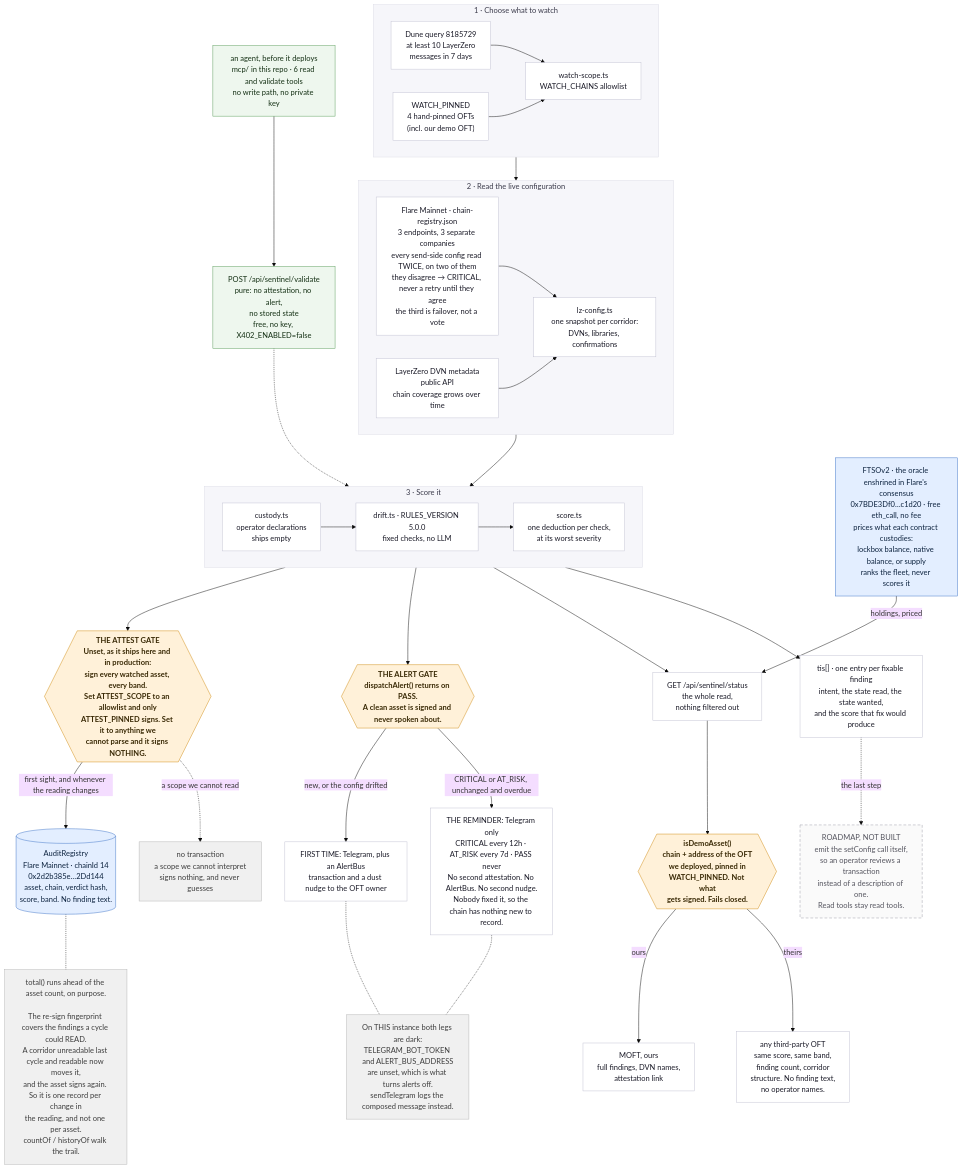
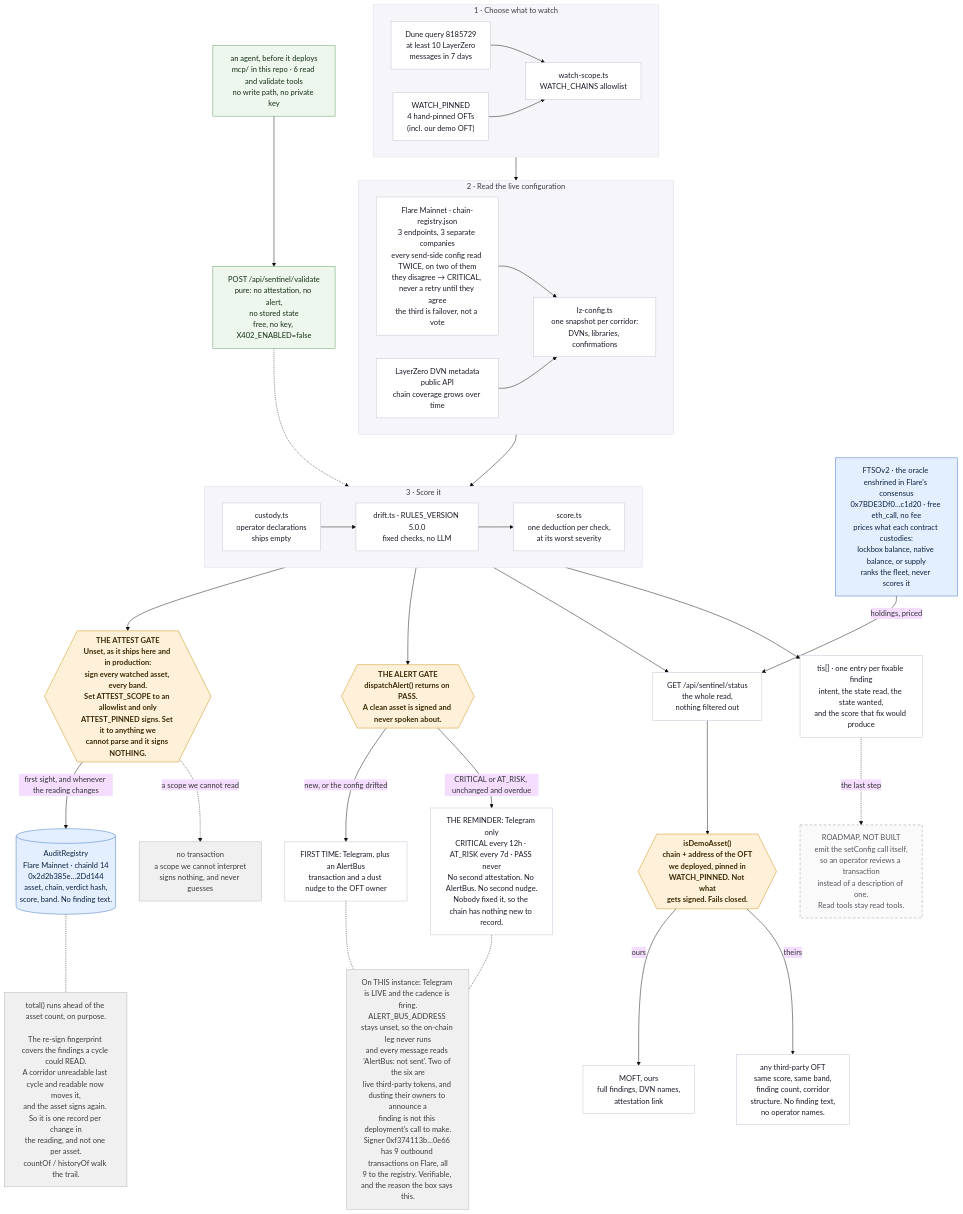
One commit to damli40/flare-oft-sentinel changed the diagram in assets/architecture.mmd. Above: the diagram before and after it, drawn with Mermaid (base theme). The commit also changed 3 other files, not shown here.

First line of the commit message:
Alerts are live: correct five places that said the leg was dark

```diff
--- a/assets/architecture.mmd
+++ b/assets/architecture.mmd
@@ -1,118 +1,118 @@
 %% OFT Sentinel on Flare — one cycle, end to end.
 %% Rendered to assets/architecture.png. Regenerate with:
 %%   npx -y @mermaid-js/mermaid-cli -i assets/architecture.mmd -o assets/architecture.png -b white -s 2
 flowchart TB
     subgraph pick["1 · Choose what to watch"]
         direction LR
         dune["Dune query 8185729<br/>at least 10 LayerZero<br/>messages in 7 days"]
         pinned["WATCH_PINNED<br/>4 hand-pinned OFTs<br/>(incl. our demo OFT)"]
         scope["watch-scope.ts<br/>WATCH_CHAINS allowlist"]
         dune --> scope
         pinned --> scope
     end
 
     subgraph read["2 · Read the live configuration"]
         direction LR
         rpc["Flare Mainnet · chain-registry.json<br/>3 endpoints, 3 separate companies<br/>every send-side config read TWICE, on two of them<br/>they disagree → CRITICAL, never a retry until they agree<br/>the third is failover, not a vote"]
         meta["LayerZero DVN metadata<br/>public API<br/>chain coverage grows over time"]
         lz["lz-config.ts<br/>one snapshot per corridor:<br/>DVNs, libraries, confirmations"]
         rpc --> lz
         meta --> lz
     end
 
     subgraph rules["3 · Score it"]
         direction LR
         cust["custody.ts<br/>operator declarations<br/>ships empty"]
         drift["drift.ts · RULES_VERSION 5.0.0<br/>fixed checks, no LLM"]
         score["score.ts<br/>one deduction per check,<br/>at its worst severity"]
         cust --> drift
         drift --> score
     end
 
     %% ── Leg A: sign it ────────────────────────────────────────────────────
     gate{{"THE ATTEST GATE<br/>Unset, as it ships here and in production:<br/>sign every watched asset, every band.<br/>Set ATTEST_SCOPE to an allowlist and only<br/>ATTEST_PINNED signs. Set it to anything we<br/>cannot parse and it signs NOTHING."}}
     reg[("AuditRegistry<br/>Flare Mainnet · chainId 14<br/>0x2d2b385e…2Dd144<br/>asset, chain, verdict hash,<br/>score, band. No finding text.")]
     resign["total() runs ahead of the asset count, on purpose.<br/>&nbsp;<br/>The re-sign fingerprint covers the findings a cycle could READ.<br/>A corridor unreadable last cycle and readable now moves it,<br/>and the asset signs again. So it is one record per change in<br/>the reading, and not one per asset.<br/>countOf / historyOf walk the trail."]
     nosign["no transaction<br/>a scope we cannot interpret<br/>signs nothing, and never guesses"]
 
     %% ── Leg B: keep saying it ─────────────────────────────────────────────
     alert{{"THE ALERT GATE<br/>dispatchAlert() returns on PASS.<br/>A clean asset is signed and never spoken about."}}
     first["FIRST TIME: Telegram, plus an AlertBus<br/>transaction and a dust nudge to the OFT owner"]
     again["THE REMINDER: Telegram only<br/>CRITICAL every 12h · AT_RISK every 7d · PASS never<br/>No second attestation. No AlertBus. No second nudge.<br/>Nobody fixed it, so the chain has nothing new to record."]
-    quiet["On THIS instance both legs are dark:<br/>TELEGRAM_BOT_TOKEN and ALERT_BUS_ADDRESS<br/>are unset, which is what turns alerts off.<br/>sendTelegram logs the composed message instead."]
+    quiet["On THIS instance: Telegram is LIVE and the cadence is firing.<br/>ALERT_BUS_ADDRESS stays unset, so the on-chain leg never runs<br/>and every message reads 'AlertBus: not sent'. Two of the six are<br/>live third-party tokens, and dusting their owners to announce a<br/>finding is not this deployment's call to make.<br/>Signer 0xf374113b…0e66 has 9 outbound transactions on Flare, all<br/>9 to the registry. Verifiable, and the reason the box says this."]
 
     %% ── Leg C: publish it ─────────────────────────────────────────────────
     api["GET /api/sentinel/status<br/>the whole read,<br/>nothing filtered out"]
     filt{{"isDemoAsset()<br/>chain + address of the OFT<br/>we deployed, pinned in<br/>WATCH_PINNED. Not what<br/>gets signed. Fails closed."}}
     ours["MOFT, ours<br/>full findings, DVN names,<br/>attestation link"]
     theirs["any third-party OFT<br/>same score, same band,<br/>finding count, corridor<br/>structure. No finding text,<br/>no operator names."]
 
     %% ── Leg D: what a fix would score ─────────────────────────────────────
     tis["tis[] · one entry per fixable finding<br/>intent, the state read, the state wanted,<br/>and the score that fix would produce"]
     fix["ROADMAP, NOT BUILT<br/>emit the setConfig call itself,<br/>so an operator reviews a transaction<br/>instead of a description of one.<br/>Read tools stay read tools."]
 
     %% ── Before you deploy at all ──────────────────────────────────────────
     agent["an agent, before it deploys<br/>mcp/ in this repo · 6 read and validate tools<br/>no write path, no private key"]
     val["POST /api/sentinel/validate<br/>pure: no attestation, no alert,<br/>no stored state<br/>free, no key, X402_ENABLED=false"]
     agent --> val
     val -.-> rules
 
     ftso["FTSOv2 · the oracle enshrined in Flare's consensus<br/>0x7BDE3Df0…c1d20 · free eth_call, no fee<br/>prices what each contract custodies:<br/>lockbox balance, native balance, or supply<br/>ranks the fleet, never scores it"]
 
     scope --> read
     lz --> rules
     %% Deliberately NO edge in from the RPC node. The label already says it is a
     %% free eth_call, and drawing the inbound edge pushed this node under stage 2,
     %% which routed its ONE outgoing arrow across the attest gate. On a diagram
     %% whose whole claim is that the price reaches neither scoring nor signing,
     %% an arrow that appears to touch either is worse than a missing one.
     ftso -->|"holdings, priced"| api
 
     score --> gate
     score --> alert
     score --> api
     score --> tis
 
     gate -->|"first sight, and whenever the reading changes"| reg
     gate -.->|"a scope we cannot read"| nosign
     reg -.- resign
 
     %% Declared first-fire first so it lands LEFT of the reminder. Mermaid lays
     %% siblings out in edge-declaration order, and a reader who meets the repeat
     %% before the thing being repeated has to read the pair twice.
     alert -->|"new, or the config drifted"| first
     alert -->|"CRITICAL or AT_RISK, unchanged and overdue"| again
     first -.- quiet
     again -.- quiet
 
     api --> filt
     filt -->|ours| ours
     filt -->|theirs| theirs
 
     tis -.->|"the last step"| fix
 
     classDef stage fill:#ffffff,stroke:#c2c2d2,color:#1b1b28
     classDef gateStyle fill:#fff1d9,stroke:#d08b12,color:#3a2a06,font-weight:bold
     classDef chain fill:#e3eeff,stroke:#3f74c8,color:#0d233f
     classDef quiet fill:#f0f0f0,stroke:#b4b4b4,color:#3d3d3d
     class dune,pinned,scope,rpc,meta,lz,cust,drift,score,api,ours,theirs,first,again stage
     classDef preflight fill:#eef7ee,stroke:#5a9c5a,color:#143014
     class agent,val preflight
     class tis stage
     %% Dashed and grey so nothing here can be mistaken for something that runs.
     classDef roadmap fill:#fafafa,stroke:#9a9aa8,color:#55555f,stroke-dasharray: 6 4
     class fix roadmap
     %% Footnotes, not steps. Same grey as the fail-closed box so the eye reads
     %% all three as "read this if you are checking us", never as pipeline stages.
     class nosign,resign,quiet quiet
     %% THREE gates now carry colour, and they are the three decisions a judge
     %% should attack: what gets signed, what gets said out loud, and whose
     %% finding text gets shown.
     class gate,filt,alert gateStyle
     %% Blue with the registry, because both are reads of Flare's own contracts.
     %% It deliberately has NO edge into score.ts: the absence is the claim.
     class reg,ftso chain
 
     style pick fill:#f6f6fa,stroke:#dcdce6,color:#3a3a4a
     style read fill:#f6f6fa,stroke:#dcdce6,color:#3a3a4a
     style rules fill:#f6f6fa,stroke:#dcdce6,color:#3a3a4a
```
